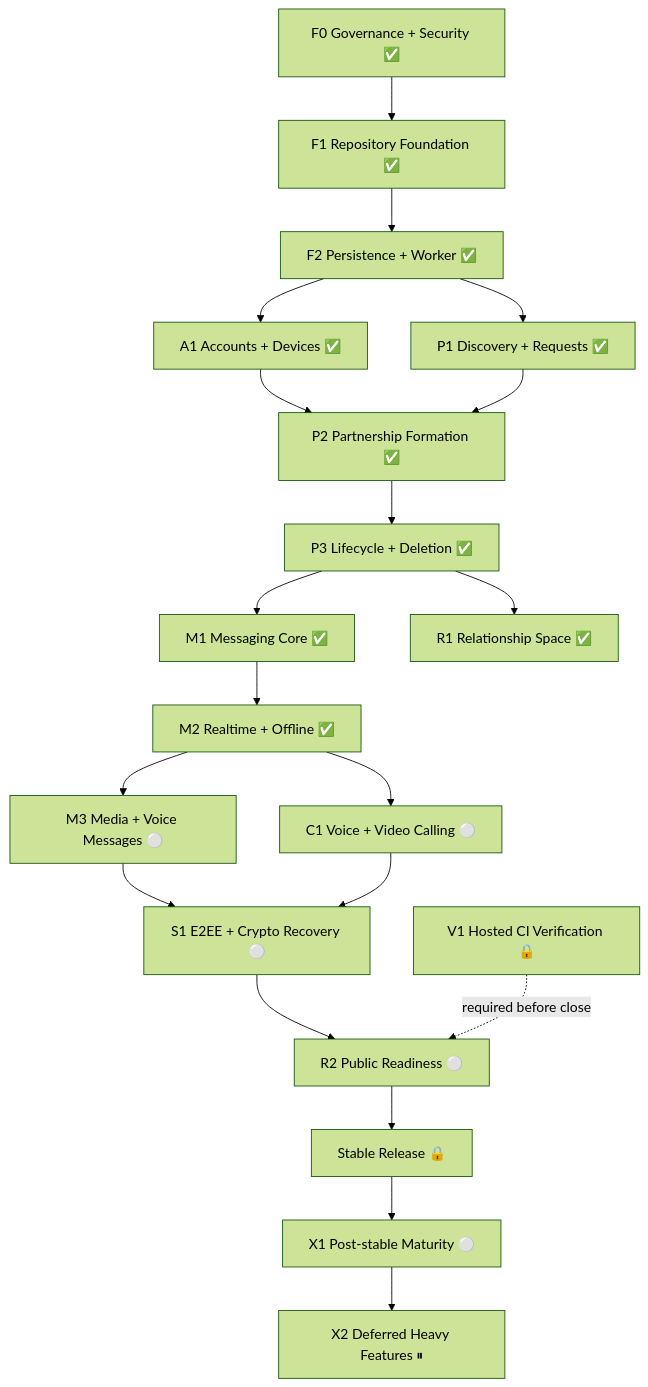
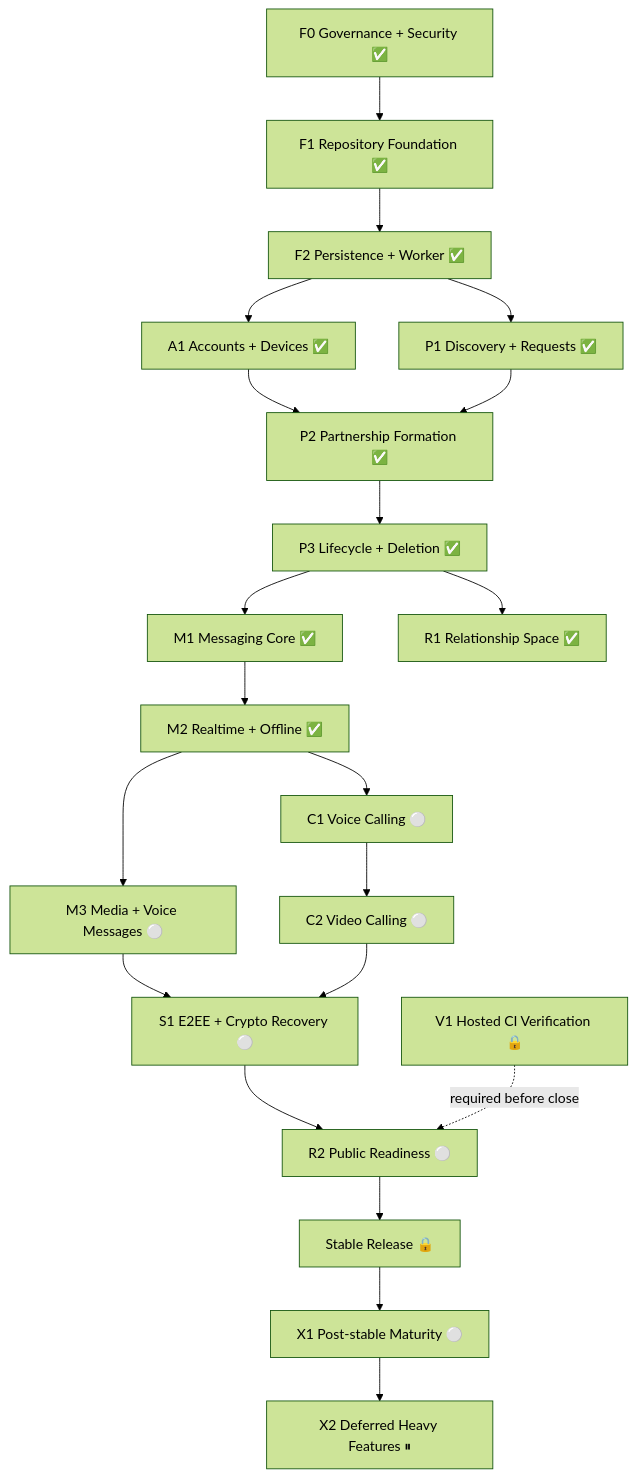
One commit to ekamal22/shawtie-pls-app changed the diagram in docs/EXECUTION_GRAPH.md. Above: the diagram before and after it, drawn with Mermaid (forest theme). The commit also changed other lines of this file and 26 other files, not shown here.

First line of the commit message:
docs: design C1 voice calling architecture [skip ci]

```diff
--- a/docs/EXECUTION_GRAPH.md
+++ b/docs/EXECUTION_GRAPH.md
@@ -84,31 +87,32 @@
 ~~~mermaid
 flowchart TD
     F0["F0 Governance + Security ✅"] --> F1["F1 Repository Foundation ✅"]
     F1 --> F2["F2 Persistence + Worker ✅"]
 
     F2 --> A1["A1 Accounts + Devices ✅"]
     F2 --> P1["P1 Discovery + Requests ✅"]
 
     A1 --> P2["P2 Partnership Formation ✅"]
     P1 --> P2
 
     P2 --> P3["P3 Lifecycle + Deletion ✅"]
 
     P3 --> M1["M1 Messaging Core ✅"]
     P3 --> R1["R1 Relationship Space ✅"]
 
     M1 --> M2["M2 Realtime + Offline ✅"]
 
     M2 --> M3["M3 Media + Voice Messages ⚪"]
-    M2 --> C1["C1 Voice + Video Calling ⚪"]
+    M2 --> C1["C1 Voice Calling ⚪"]
+    C1 --> C2["C2 Video Calling ⚪"]
 
     M3 --> S1["S1 E2EE + Crypto Recovery ⚪"]
-    C1 --> S1
+    C2 --> S1
 
     S1 --> R2["R2 Public Readiness ⚪"]
     V1["V1 Hosted CI Verification 🔒"] -. required before close .-> R2
 
     R2 --> RELEASE["Stable Release 🔒"]
     RELEASE --> X1["X1 Post-stable Maturity ⚪"]
     X1 --> X2["X2 Deferred Heavy Features ⏸"]
 ~~~
```
